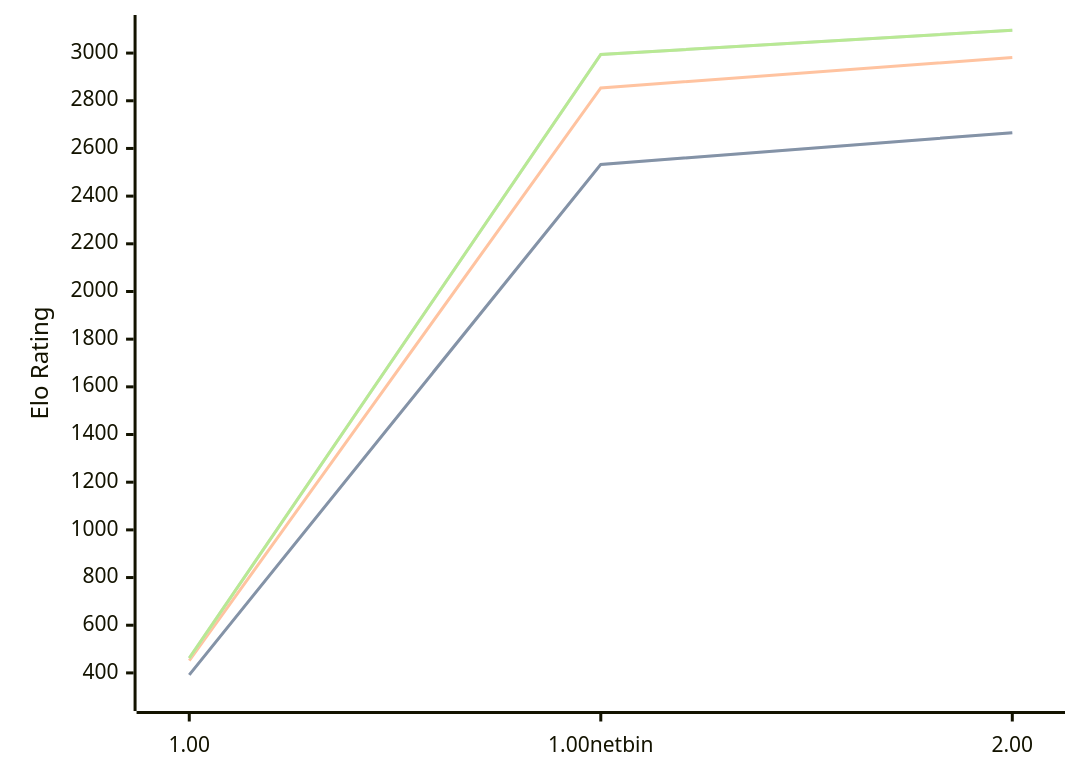
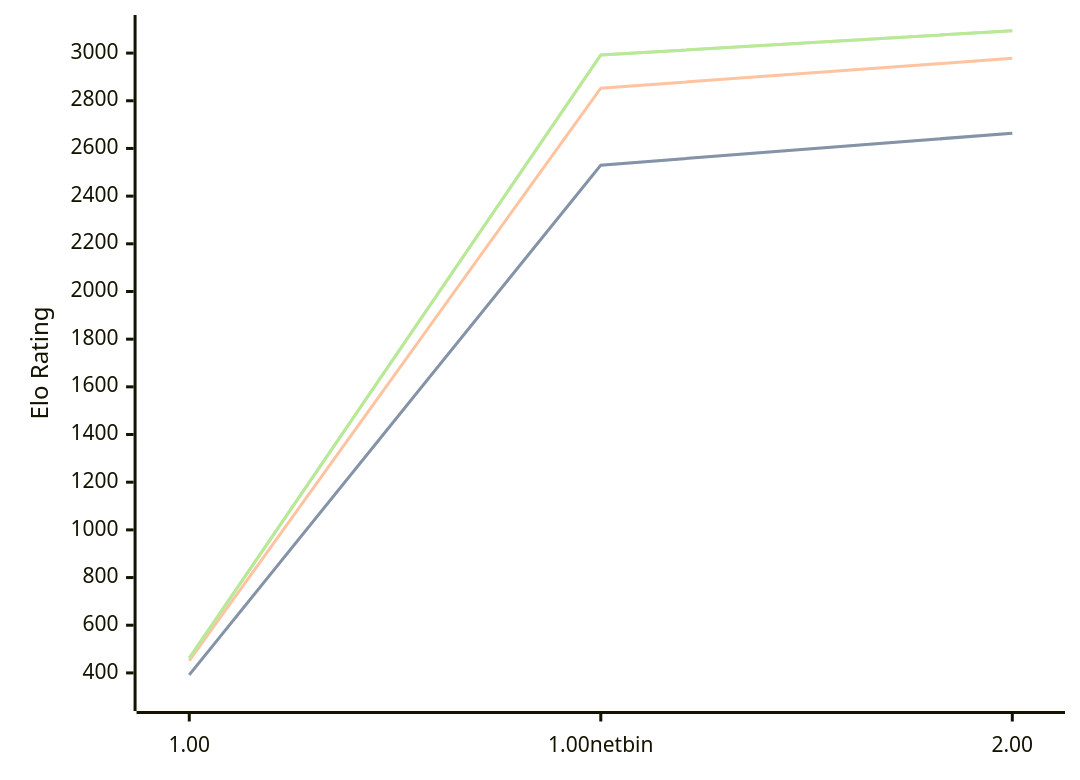
One commit to computer-chess-index/cci changed the diagram in engines/Gilipol.md. Above: the diagram before and after it, drawn with Mermaid. The commit also changed other lines of this file, not shown here.

Commit message:
Update CCI Ratings (ELO VLTC) - 2026-08-12

````diff
--- a/engines/Gilipol.md
+++ b/engines/Gilipol.md
@@ -33,11 +33,11 @@
 ```mermaid
 %%{init: {"theme":"base","themeVariables":{"seriesColors:['#a3a3a3','#222221','#faa371']}}}%%
 xychart-beta
   x-axis ["1.00", "1.00netbin", "2.00"]
   y-axis "Elo Rating" 300 --> 3100
-  line "STC (8.0+0.08s)" [392, 2533, 2666]
-  line "STC (8.0+0.08s)" [392, 2533, 2666]
-  line "LTC (60.0+0.60s)" [452, 2854, 2981]
-  line "VLTC (2m24s+1.12s)" [462, 2994, 3096]
-  line "VLTC (2m24s+1.12s)" [462, 2994, 3096]
+  line "STC (8.0+0.08s)" [392, 2530, 2664]
+  line "STC (8.0+0.08s)" [392, 2530, 2664]
+  line "LTC (60.0+0.60s)" [452, 2853, 2978]
+  line "VLTC (2m24s+1.12s)" [462, 2992, 3094]
+  line "VLTC (2m24s+1.12s)" [462, 2992, 3094]
 ```
````
